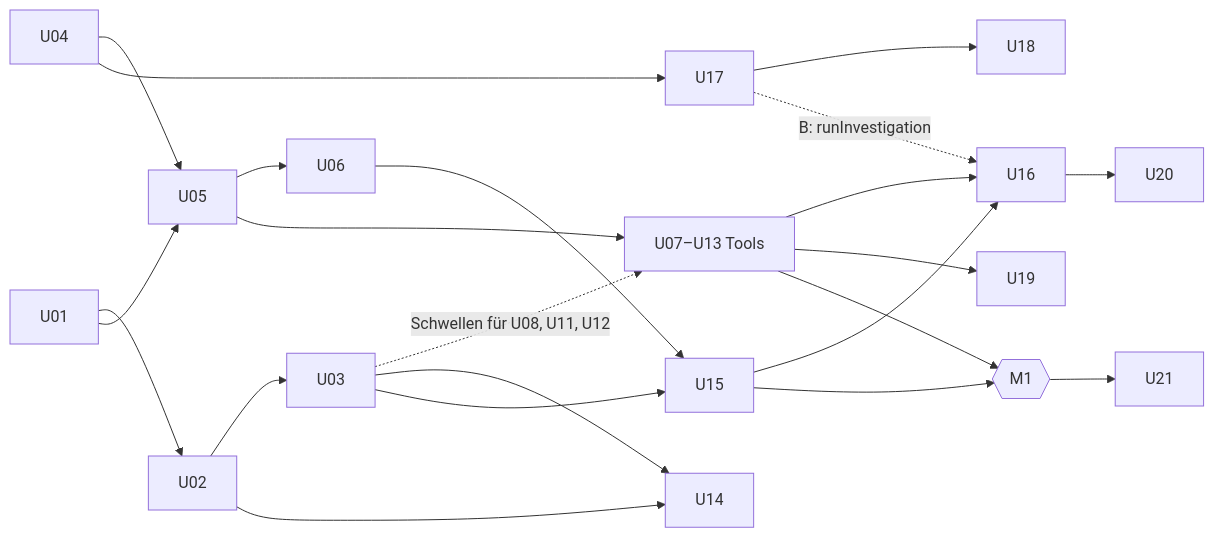
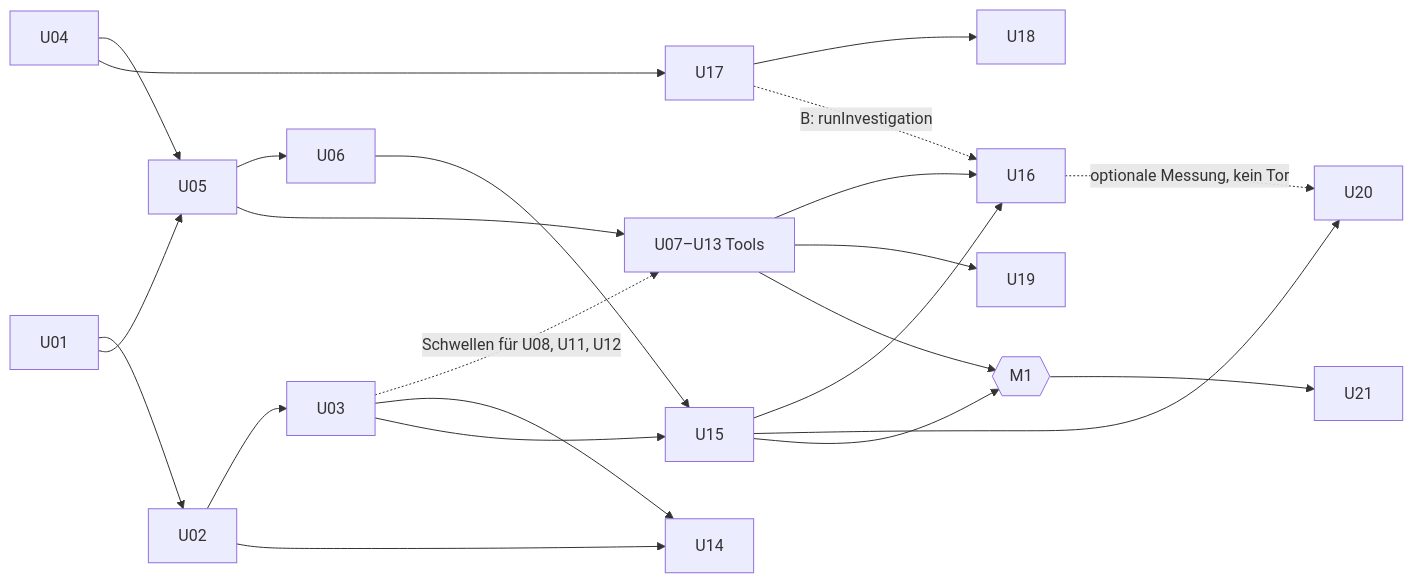
The third of 3 diagrams in docs/technical.md (M0ttii/log-insights-monorepo-2), drawn with Mermaid before and after one commit. The commit also changed other lines of this file and 1 other file, not shown here.

````diff
--- a/docs/technical.md
+++ b/docs/technical.md
@@ -935,21 +942,22 @@
 ```mermaid
 flowchart LR
   U01 --> U02 --> U03
   U04 --> U05
   U01 --> U05 --> U06
   U05 --> T[U07–U13 Tools]
   U03 -. "Schwellen für U08, U11, U12" .-> T
   U02 --> U14
   U03 --> U14
   U03 --> U15
   U06 --> U15
   T --> U16
   U15 --> U16
   U04 --> U17 --> U18
   U17 -. "B: runInvestigation" .-> U16
   T --> U19
-  U16 --> U20
+  U15 --> U20
+  U16 -. "optionale Messung, kein Tor" .-> U20
   T --> M1{{M1}}
   U15 --> M1
   M1 --> U21
 ```
````
